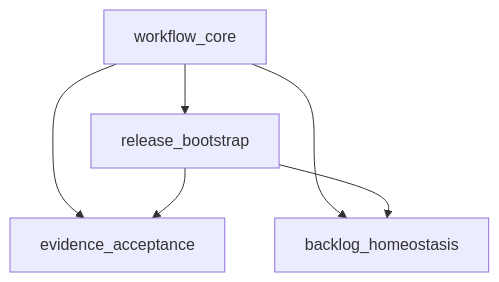
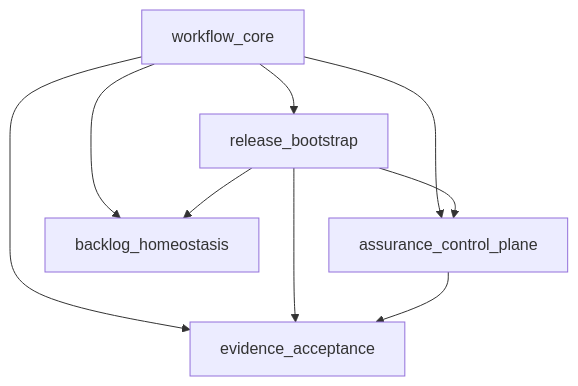
The diagram in build_tenants/abiogenesis/python/design/module_decomp.md (foolishimp/genesis-sdlc), drawn with Mermaid before and after one commit. The commit also changed other lines of this file and 7 other files, not shown here.

Commit message:
Checkpoint assurance control-plane design wave

````diff
--- a/build_tenants/abiogenesis/python/design/module_decomp.md
+++ b/build_tenants/abiogenesis/python/design/module_decomp.md
@@ -102,8 +128,11 @@
 ```mermaid
 flowchart TD
     workflow_core --> release_bootstrap["release_bootstrap"]
+    workflow_core --> assurance_control_plane["assurance_control_plane"]
     workflow_core --> evidence_acceptance["evidence_acceptance"]
     workflow_core --> backlog_homeostasis["backlog_homeostasis"]
+    release_bootstrap --> assurance_control_plane
     release_bootstrap --> evidence_acceptance
     release_bootstrap --> backlog_homeostasis
+    assurance_control_plane --> evidence_acceptance
 ```
````
